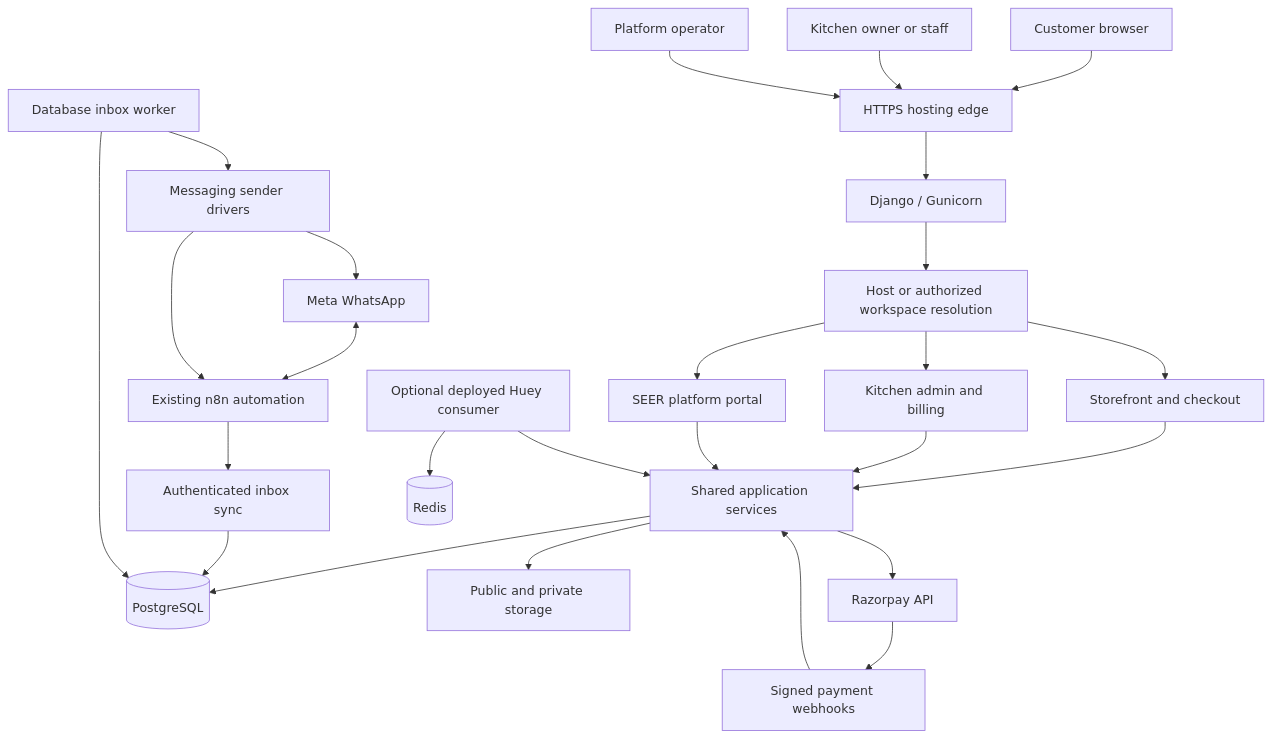
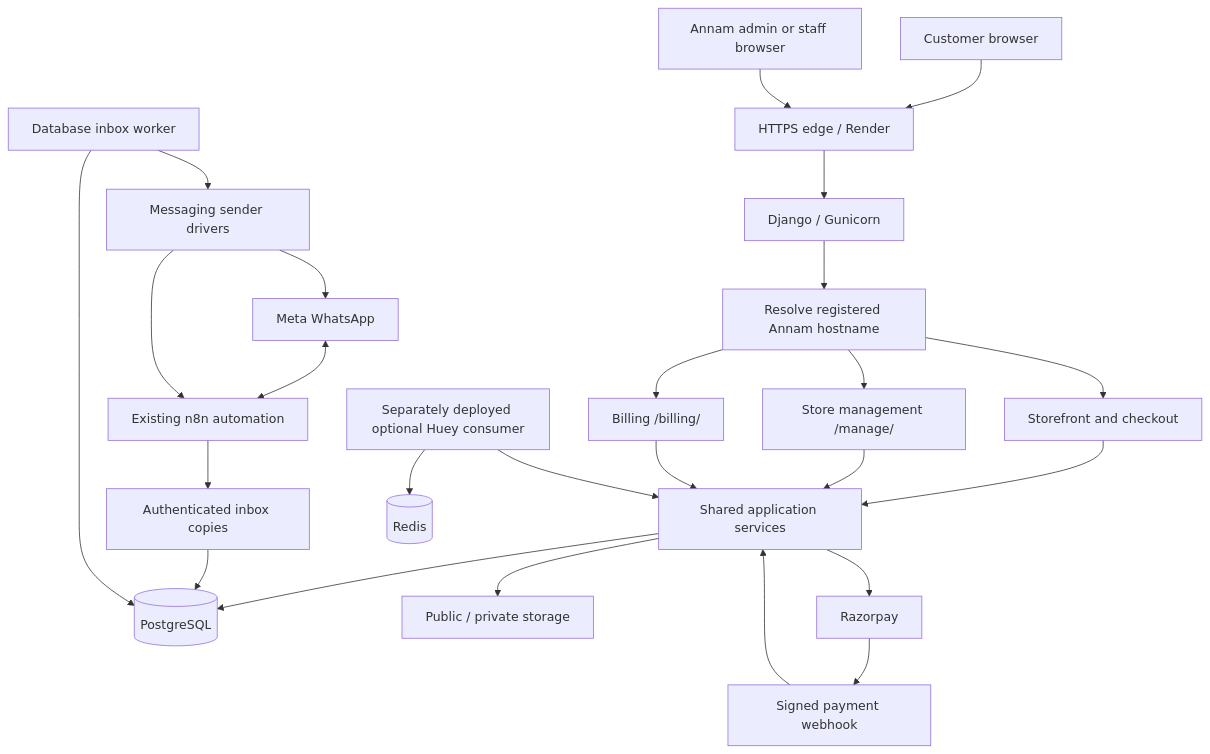
One commit to saran4125/annam_foods changed the first of 3 diagrams in ARCHITECTURE.md. Above: the diagram before and after it, drawn with Mermaid. The commit also changed other lines of this file and 71 other files, not shown here.

Commit message:
Make Annam Foods standalone and retire SEER platform, domains and editor UI

````diff
--- a/ARCHITECTURE.md
+++ b/ARCHITECTURE.md
@@ -25,28 +30,27 @@
 ```mermaid
 flowchart TB
-    Customer[Customer browser] --> Edge[HTTPS hosting edge]
-    Owner[Kitchen owner or staff] --> Edge
-    Operator[Platform operator] --> Edge
+    Customer[Customer browser] --> Edge[HTTPS edge / Render]
+    Staff[Annam admin or staff browser] --> Edge
     Edge --> Web[Django / Gunicorn]
-    Web --> Resolve[Host or authorized workspace resolution]
-    Resolve --> Public[Storefront and checkout]
-    Resolve --> Manage[Kitchen admin and billing]
-    Resolve --> Portal[SEER platform portal]
-    Public --> Services[Shared application services]
-    Manage --> Services
-    Portal --> Services
+    Web --> Host[Resolve registered Annam hostname]
+    Host --> Site[Storefront and checkout]
+    Host --> Admin[Store management /manage/]
+    Host --> Bills[Billing /billing/]
+    Site --> Services[Shared application services]
+    Admin --> Services
+    Bills --> Services
     Services --> DB[(PostgreSQL)]
-    Services --> Media[Public and private storage]
-    Services --> RZP[Razorpay API]
-    RZP --> Hooks[Signed payment webhooks]
+    Services --> Media[Public / private storage]
+    Services --> Gateway[Razorpay]
+    Gateway --> Hooks[Signed payment webhook]
     Hooks --> Services
     Meta[Meta WhatsApp] <--> N8N[Existing n8n automation]
-    N8N --> Sync[Authenticated inbox sync]
+    N8N --> Sync[Authenticated inbox copies]
     Sync --> DB
-    Worker[Database inbox worker] --> DB
-    Worker --> Senders[Messaging sender drivers]
+    Inbox[Database inbox worker] --> DB
+    Inbox --> Senders[Messaging sender drivers]
     Senders --> N8N
     Senders --> Meta
-    Huey[Optional deployed Huey consumer] --> Redis[(Redis)]
+    Huey[Separately deployed optional Huey consumer] --> Redis[(Redis)]
     Huey --> Services
 ```
````
